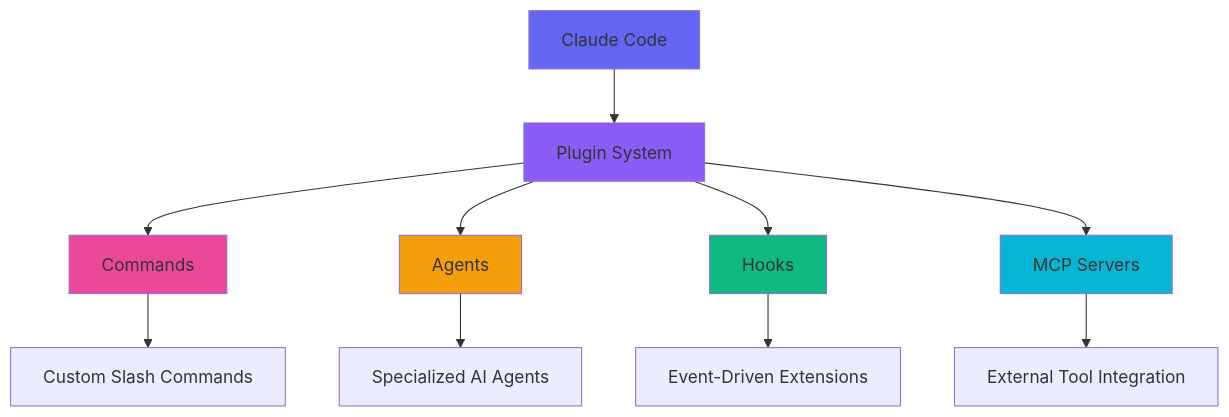
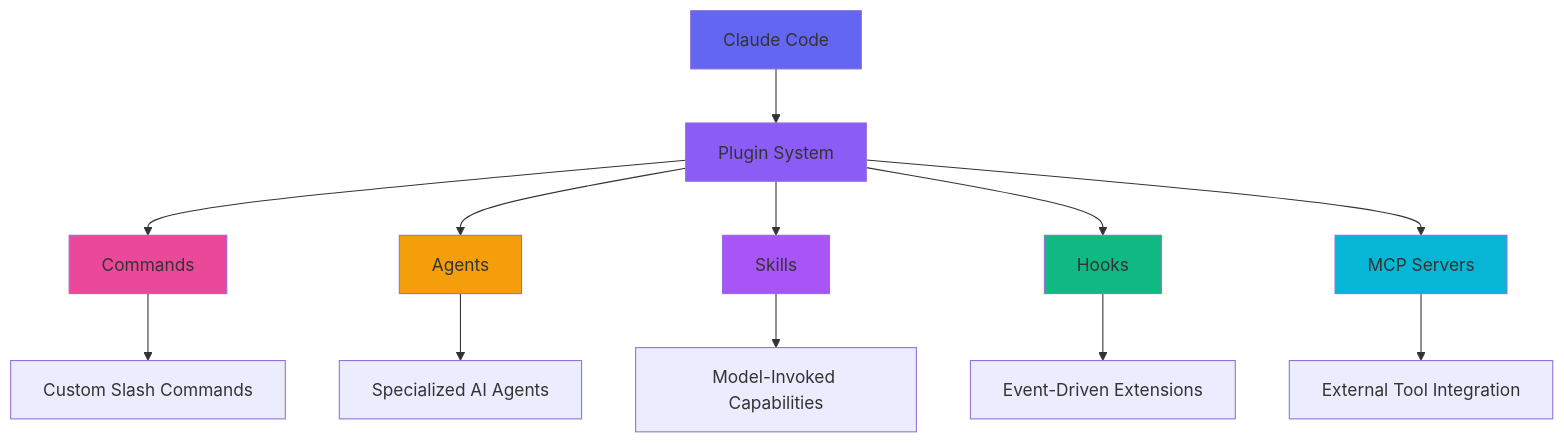
One commit to kareddy-dev/explore changed the diagram in tools/claude-code/plugin-ecosystem-guide.md. Above: the diagram before and after it, drawn with Mermaid. The commit also changed other lines of this file and 25 other files, not shown here.

````diff
--- a/tools/claude-code/plugin-ecosystem-guide.md
+++ b/tools/claude-code/plugin-ecosystem-guide.md
@@ -19,20 +19,23 @@
 ```mermaid
 flowchart TD
     A[Claude Code] --> B[Plugin System]
     B --> C[Commands]
     B --> D[Agents]
-    B --> E[Hooks]
-    B --> F[MCP Servers]
+    B --> E[Skills]
+    B --> F[Hooks]
+    B --> G[MCP Servers]
 
-    C --> G[Custom Slash Commands]
-    D --> H[Specialized AI Agents]
-    E --> I[Event-Driven Extensions]
-    F --> J[External Tool Integration]
+    C --> H[Custom Slash Commands]
+    D --> I[Specialized AI Agents]
+    E --> J[Model-Invoked Capabilities]
+    F --> K[Event-Driven Extensions]
+    G --> L[External Tool Integration]
 
     style A fill:#6366f1
     style B fill:#8b5cf6
     style C fill:#ec4899
     style D fill:#f59e0b
-    style E fill:#10b981
-    style F fill:#06b6d4
+    style E fill:#a855f7
+    style F fill:#10b981
+    style G fill:#06b6d4
 ```
````
